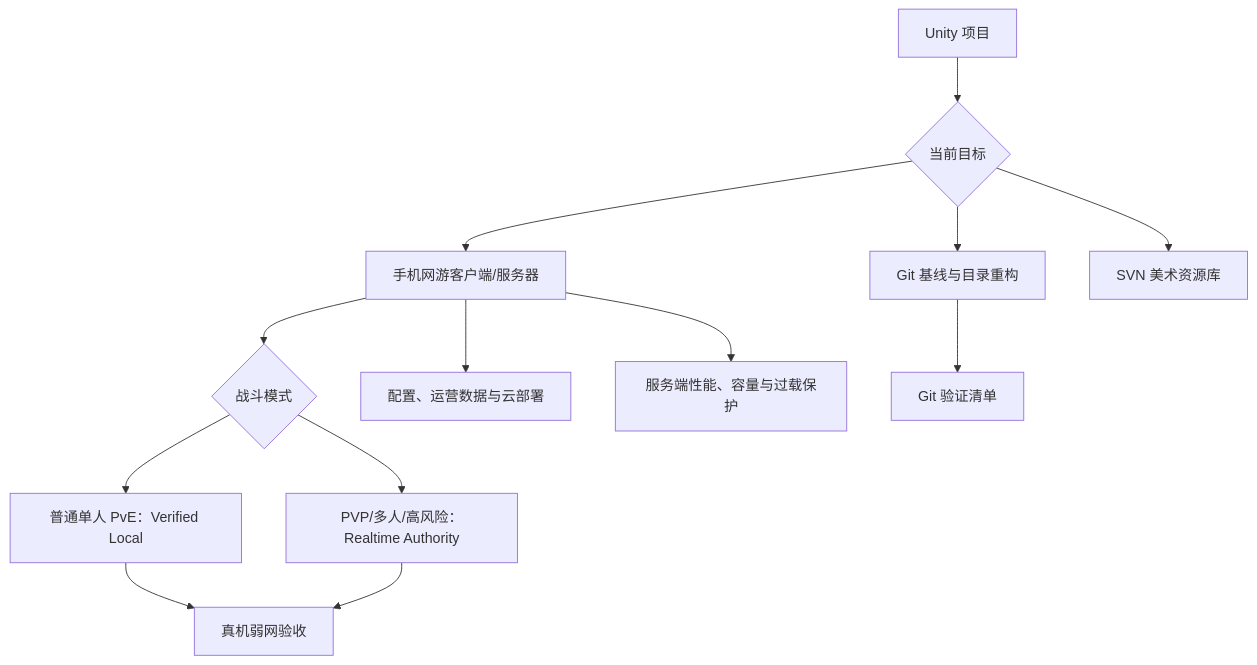
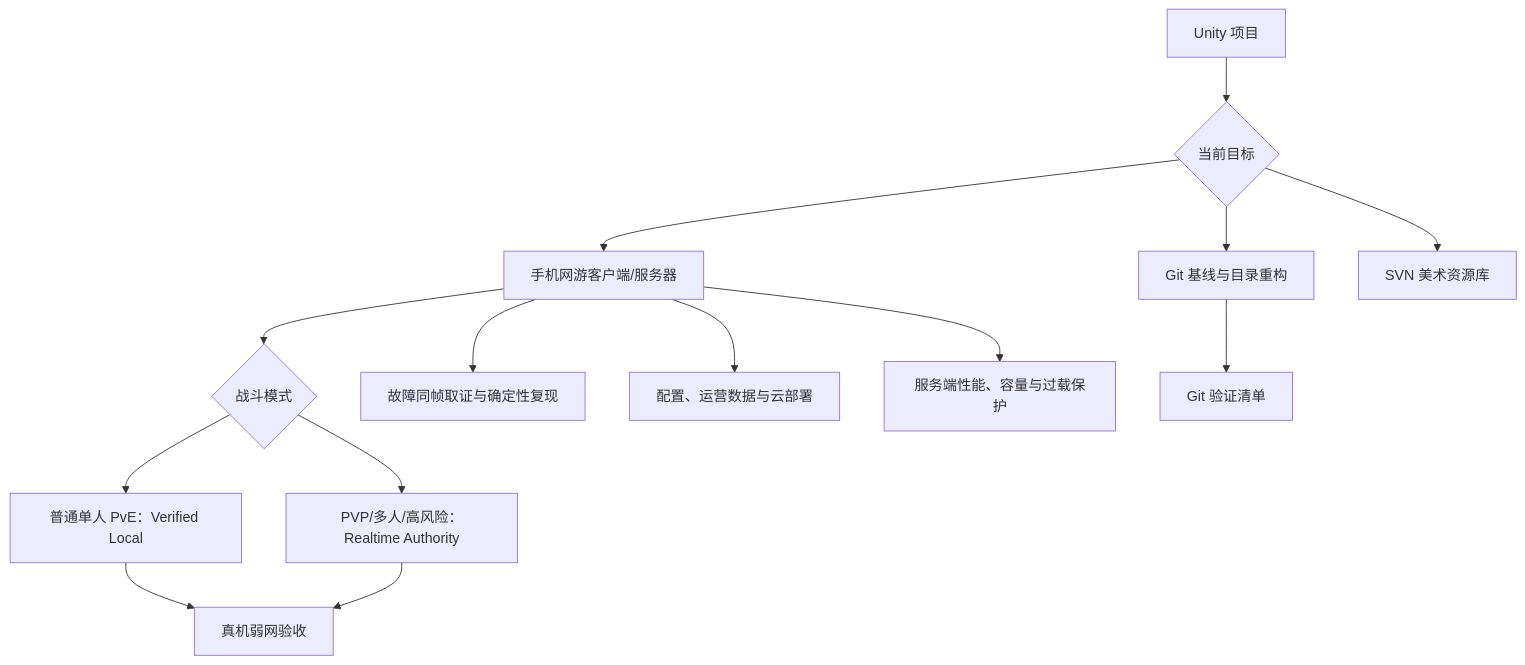
One commit to w952622941/UnityGameSkill changed the diagram in docs/index.md. Above: the diagram before and after it, drawn with Mermaid. The commit also changed other lines of this file, not shown here.

````diff
--- a/docs/index.md
+++ b/docs/index.md
@@ -7,15 +7,16 @@
 ```mermaid
 flowchart TD
   A["Unity 项目"] --> B{"当前目标"}
   B --> G["Git 基线与目录重构"]
   B --> N["手机网游客户端/服务器"]
   B --> S["SVN 美术资源库"]
   N --> M{"战斗模式"}
   M --> V["普通单人 PvE：Verified Local"]
   M --> R["PVP/多人/高风险：Realtime Authority"]
+  N --> I["故障同帧取证与确定性复现"]
   N --> D["配置、运营数据与云部署"]
   N --> P["服务端性能、容量与过载保护"]
   G --> GC["Git 验证清单"]
   V --> NC["真机弱网验收"]
   R --> NC
 ```
````
